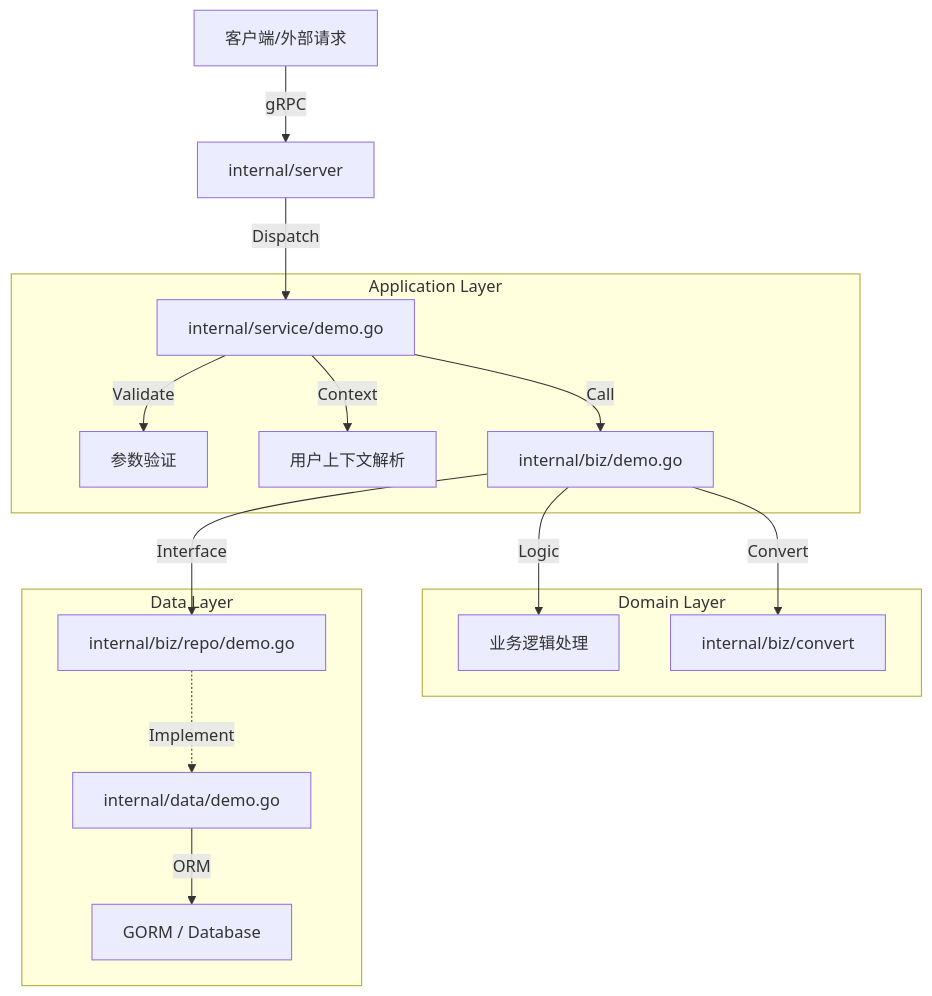
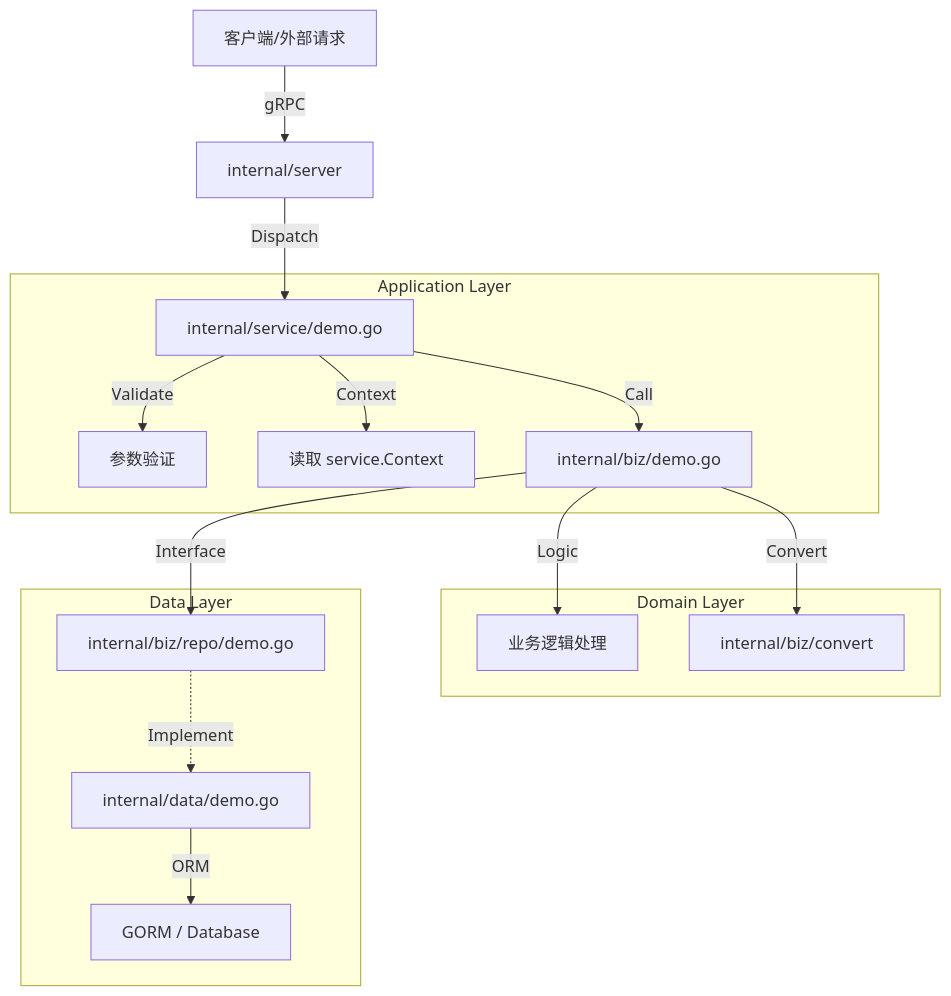
One commit to fireflycore/go-layout changed the diagram in docs/data-flow.md. Above: the diagram before and after it, drawn with Mermaid. The commit also changed other lines of this file and 3 other files, not shown here.

````diff
--- a/docs/data-flow.md
+++ b/docs/data-flow.md
@@ -7,22 +7,22 @@
 ```mermaid
 graph TD
     Client[客户端/外部请求] -->|gRPC| Server[internal/server]
     Server -->|Dispatch| Service[internal/service/demo.go]
     
     subgraph "Application Layer"
     Service -->|Validate| ProtoValidate[参数验证]
-    Service -->|Context| UserMeta[用户上下文解析]
+    Service -->|Context| ServiceContext[读取 service.Context]
     Service -->|Call| Biz[internal/biz/demo.go]
     end
     
     subgraph "Domain Layer"
     Biz -->|Logic| BizLogic[业务逻辑处理]
     Biz -->|Convert| Convert[internal/biz/convert]
     end
     
     subgraph "Data Layer"
     Biz -->|Interface| RepoInterface[internal/biz/repo/demo.go]
     RepoInterface -.->|Implement| RepoImpl[internal/data/demo.go]
     RepoImpl -->|ORM| GORM[GORM / Database]
     end
 ```
````
